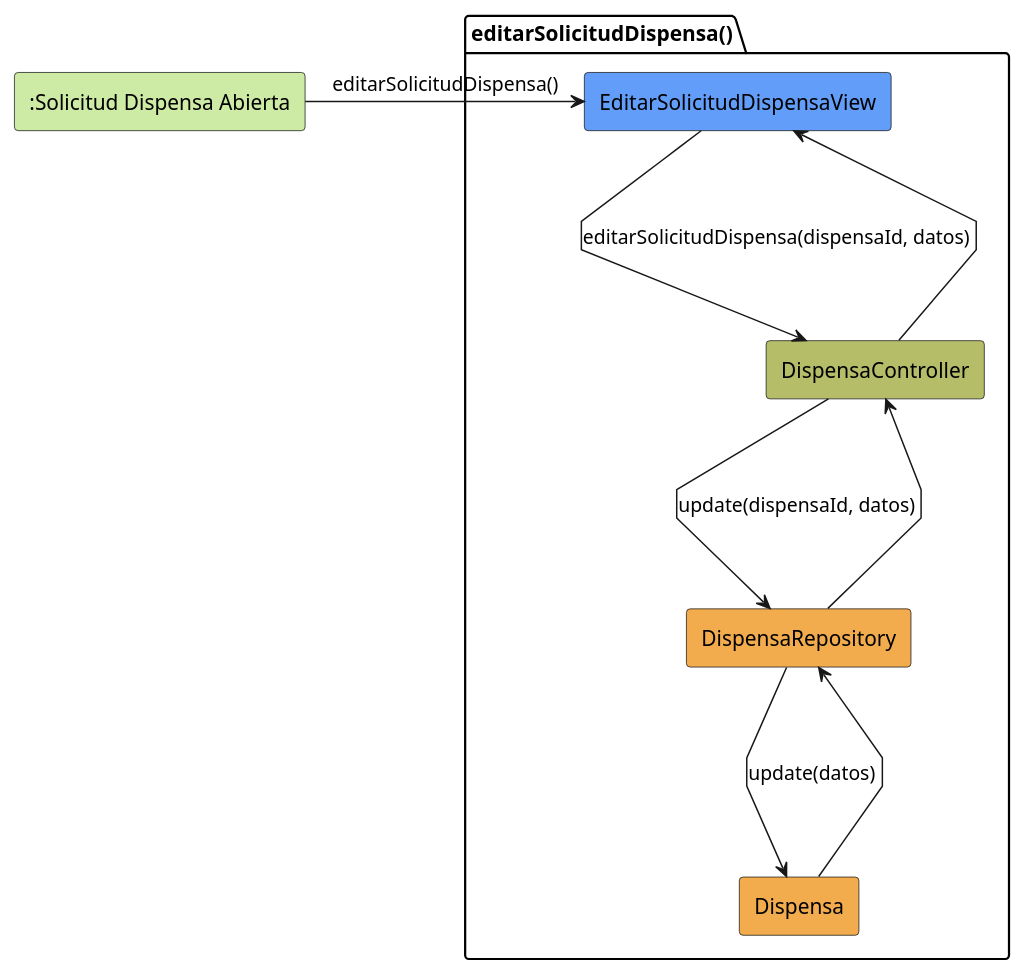
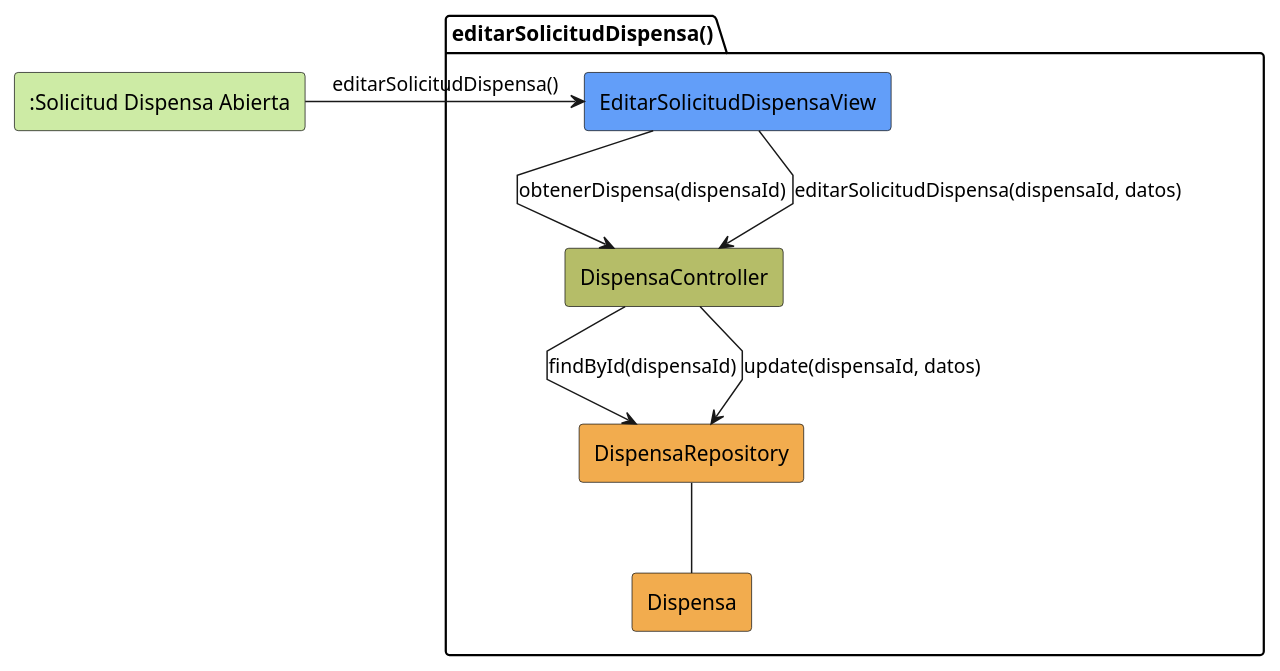
The diagram in modelosUML/analisis/editarSolicitudDispensa/colaboracion.puml (jerdier/25-26-idsw2-sdVC), drawn with PlantUML before and after one commit. The commit also changed 83 other files, not shown here.

```diff
--- a/modelosUML/analisis/editarSolicitudDispensa/colaboracion.puml
+++ b/modelosUML/analisis/editarSolicitudDispensa/colaboracion.puml
@@ -1,20 +1,19 @@
 @startuml editarSolicitudDispensa-analisis
 skinparam linetype polyline
 
 rectangle #CDEBA5 ":Solicitud Dispensa Abierta" as SolicitudDispensaAbierta
 
 package editarSolicitudDispensa as "editarSolicitudDispensa()" {
     rectangle #629EF9 EditarSolicitudDispensaView
     rectangle #b5bd68 DispensaController
     rectangle #F2AC4E DispensaRepository
     rectangle #F2AC4E Dispensa
 }
 
 SolicitudDispensaAbierta -r-> EditarSolicitudDispensaView: editarSolicitudDispensa()
+EditarSolicitudDispensaView -d-> DispensaController: obtenerDispensa(dispensaId)
+DispensaController --> DispensaRepository: findById(dispensaId)
+DispensaRepository -- Dispensa
 EditarSolicitudDispensaView -d-> DispensaController: editarSolicitudDispensa(dispensaId, datos)
-DispensaController -d-> DispensaRepository: update(dispensaId, datos)
-DispensaRepository -d-> Dispensa: update(datos)
-Dispensa --u-> DispensaRepository
-DispensaRepository --u-> DispensaController
-DispensaController --u-> EditarSolicitudDispensaView
+DispensaController --> DispensaRepository: update(dispensaId, datos)
 @enduml
```
